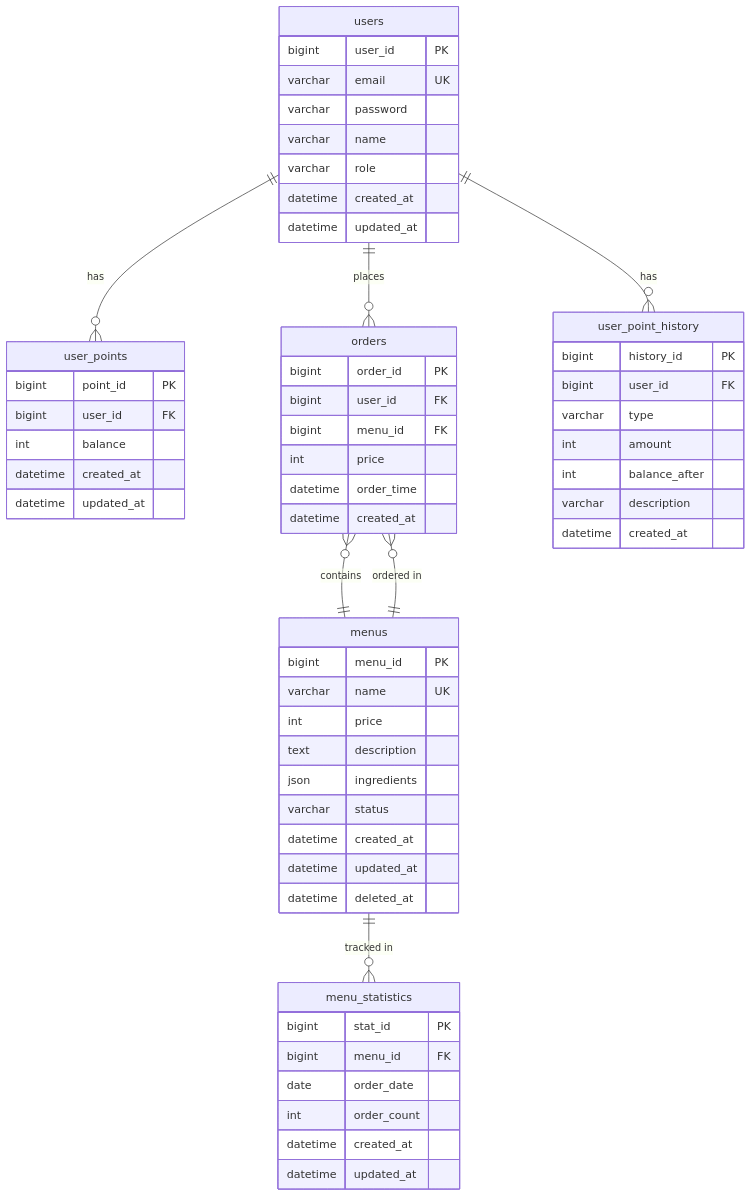
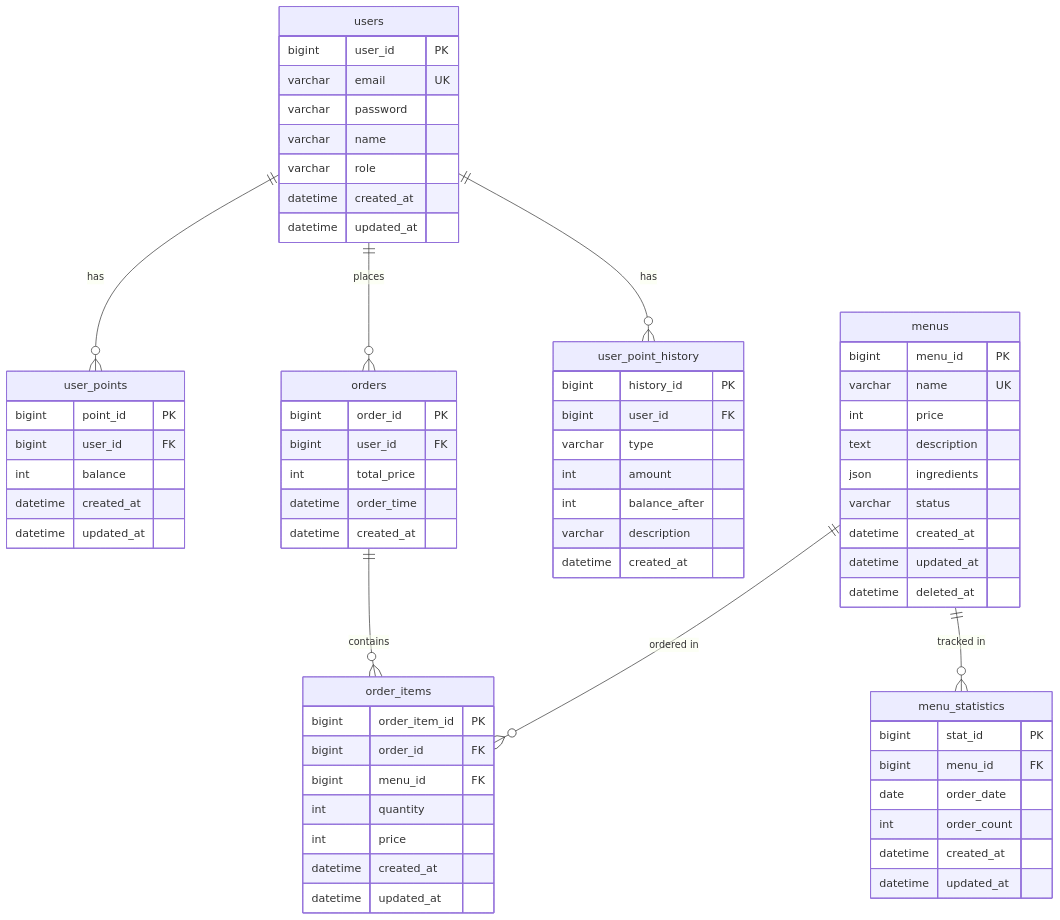
The diagram in docs/SA/05-ERD-설계서.md (hoon3948/coffee-order), drawn with Mermaid before and after one commit. The commit also changed other lines of this file and 19 other files, not shown here.

````diff
--- a/docs/SA/05-ERD-설계서.md
+++ b/docs/SA/05-ERD-설계서.md
@@ -13,67 +13,76 @@
 ```mermaid
 erDiagram
     users ||--o{ user_points : has
     users ||--o{ orders : places
     users ||--o{ user_point_history : has
-    menus ||--o{ orders : "ordered in"
+    orders ||--o{ order_items : contains
+    menus ||--o{ order_items : "ordered in"
     menus ||--o{ menu_statistics : "tracked in"
-    orders }o--|| menus : contains
 
     users {
         bigint user_id PK
         varchar email UK
         varchar password
         varchar name
         varchar role
         datetime created_at
         datetime updated_at
     }
 
     user_points {
         bigint point_id PK
         bigint user_id FK
         int balance
         datetime created_at
         datetime updated_at
     }
 
     user_point_history {
         bigint history_id PK
         bigint user_id FK
         varchar type
         int amount
         int balance_after
         varchar description
         datetime created_at
     }
 
     menus {
         bigint menu_id PK
         varchar name UK
         int price
         text description
         json ingredients
         varchar status
         datetime created_at
         datetime updated_at
         datetime deleted_at
     }
 
     orders {
         bigint order_id PK
         bigint user_id FK
-        bigint menu_id FK
-        int price
+        int total_price
         datetime order_time
         datetime created_at
+    }
+
+    order_items {
+        bigint order_item_id PK
+        bigint order_id FK
+        bigint menu_id FK
+        int quantity
+        int price
+        datetime created_at
+        datetime updated_at
     }
 
     menu_statistics {
         bigint stat_id PK
         bigint menu_id FK
         date order_date
         int order_count
         datetime created_at
         datetime updated_at
     }
 ```
````
